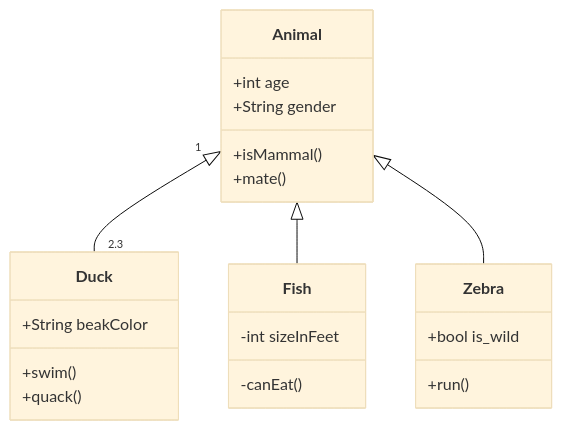
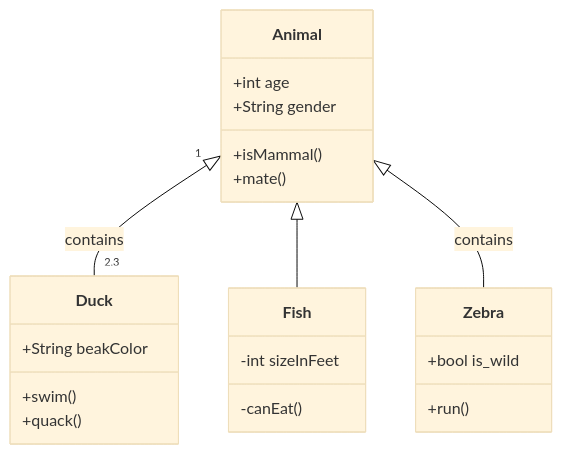
The diagram in README.md (LinChengHao3606307/COMP_3297_Group_G_Project), drawn with Mermaid (base theme) before and after one commit.

Commit message:
Update class diagram example

````diff
--- a/README.md
+++ b/README.md
@@ -17,23 +17,25 @@
 ```mermaid
 classDiagram
-    Animal "1" <|-- "2,3" Duck
+    Animal "1" <|-- "2,3" Duck : contains
     Animal <|-- Fish
-    Animal <|-- Zebra
-    Animal : +int age
-    Animal : +String gender
-    Animal: +isMammal()
-    Animal: +mate()
+    Animal <|-- Zebra : contains
+    class Animal{
+        +int age
+        +String gender
+        +isMammal()
+        +mate()
+    }
     class Duck{
       +String beakColor
       +swim()
       +quack()
     }
     class Fish{
       -int sizeInFeet
       -canEat()
     }
     class Zebra{
       +bool is_wild
       +run()
     }
 ```
````
